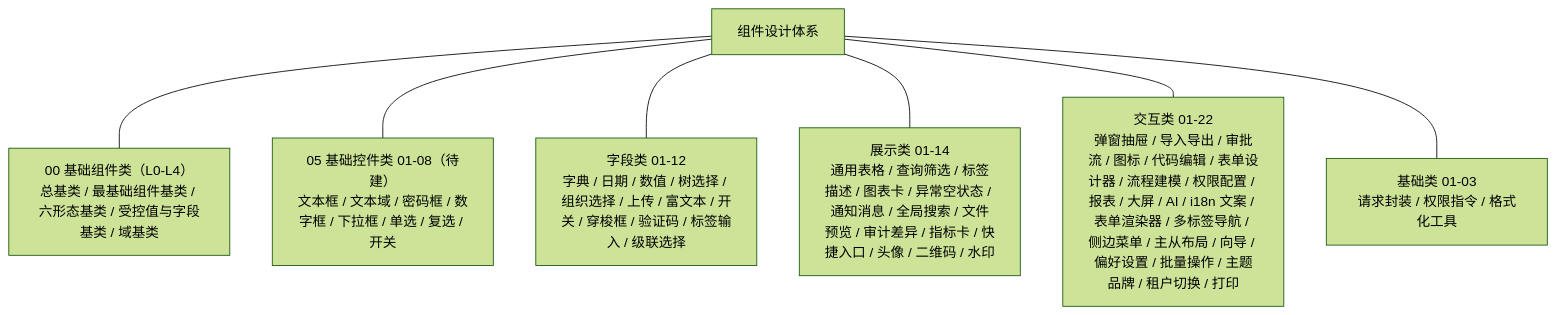
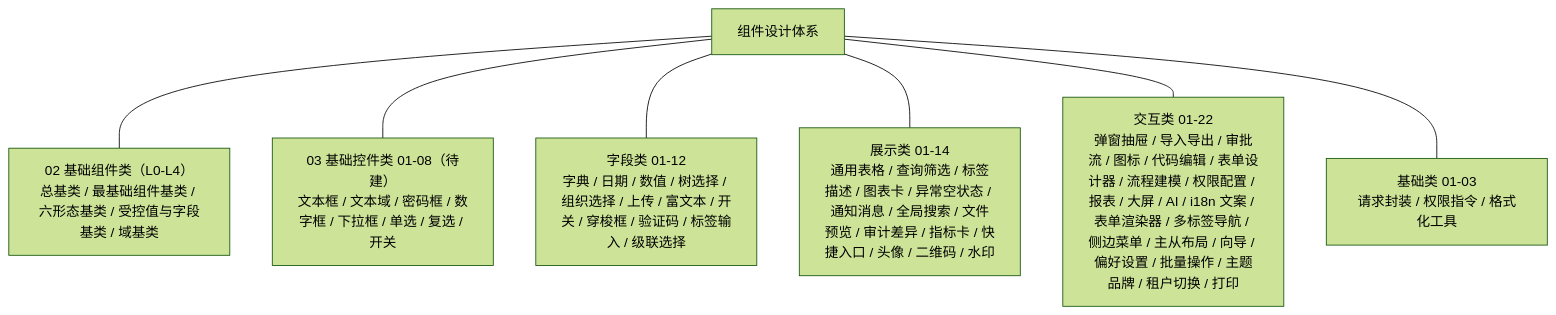
Before and after one commit to minjian123/basic-management-system: the diagram in bms文档/设计/组件设计/01_组件设计_总览.md, drawn with Mermaid (forest theme). The commit also changed other lines of this file and 213 other files, not shown here.

Commit message:
docs(设计): 组件设计顶层类别重排编号（00→02 基础组件类、05→03 基础控件类、01→04 字段类、02→05 展示类、03→06 交互类、04→07 基础类）并全库同步路径引用与六类叙述顺序

````diff
--- a/bms文档/设计/组件设计/01_组件设计_总览.md
+++ b/bms文档/设计/组件设计/01_组件设计_总览.md
@@ -149,16 +149,16 @@
 ```mermaid
 graph TD
     ROOT["组件设计体系"]
     F["字段类 01-12<br/>字典 / 日期 / 数值 / 树选择 / 组织选择 / 上传 / 富文本 / 开关 / 穿梭框 / 验证码 / 标签输入 / 级联选择"]
     D["展示类 01-14<br/>通用表格 / 查询筛选 / 标签描述 / 图表卡 / 异常空状态 / 通知消息 / 全局搜索 / 文件预览 / 审计差异 / 指标卡 / 快捷入口 / 头像 / 二维码 / 水印"]
     I["交互类 01-22<br/>弹窗抽屉 / 导入导出 / 审批流 / 图标 / 代码编辑 / 表单设计器 / 流程建模 / 权限配置 / 报表 / 大屏 / AI / i18n 文案 / 表单渲染器 / 多标签导航 / 侧边菜单 / 主从布局 / 向导 / 偏好设置 / 批量操作 / 主题品牌 / 租户切换 / 打印"]
     B["基础类 01-03<br/>请求封装 / 权限指令 / 格式化工具"]
-    BASE["00 基础组件类（L0-L4）<br/>总基类 / 最基础组件基类 / 六形态基类 / 受控值与字段基类 / 域基类"]
-    CTRL["05 基础控件类 01-08（待建）<br/>文本框 / 文本域 / 密码框 / 数字框 / 下拉框 / 单选 / 复选 / 开关"]
+    BASE["02 基础组件类（L0-L4）<br/>总基类 / 最基础组件基类 / 六形态基类 / 受控值与字段基类 / 域基类"]
+    CTRL["03 基础控件类 01-08（待建）<br/>文本框 / 文本域 / 密码框 / 数字框 / 下拉框 / 单选 / 复选 / 开关"]
     ROOT --- BASE
     ROOT --- CTRL
     ROOT --- F
     ROOT --- D
     ROOT --- I
     ROOT --- B
 ```
````
